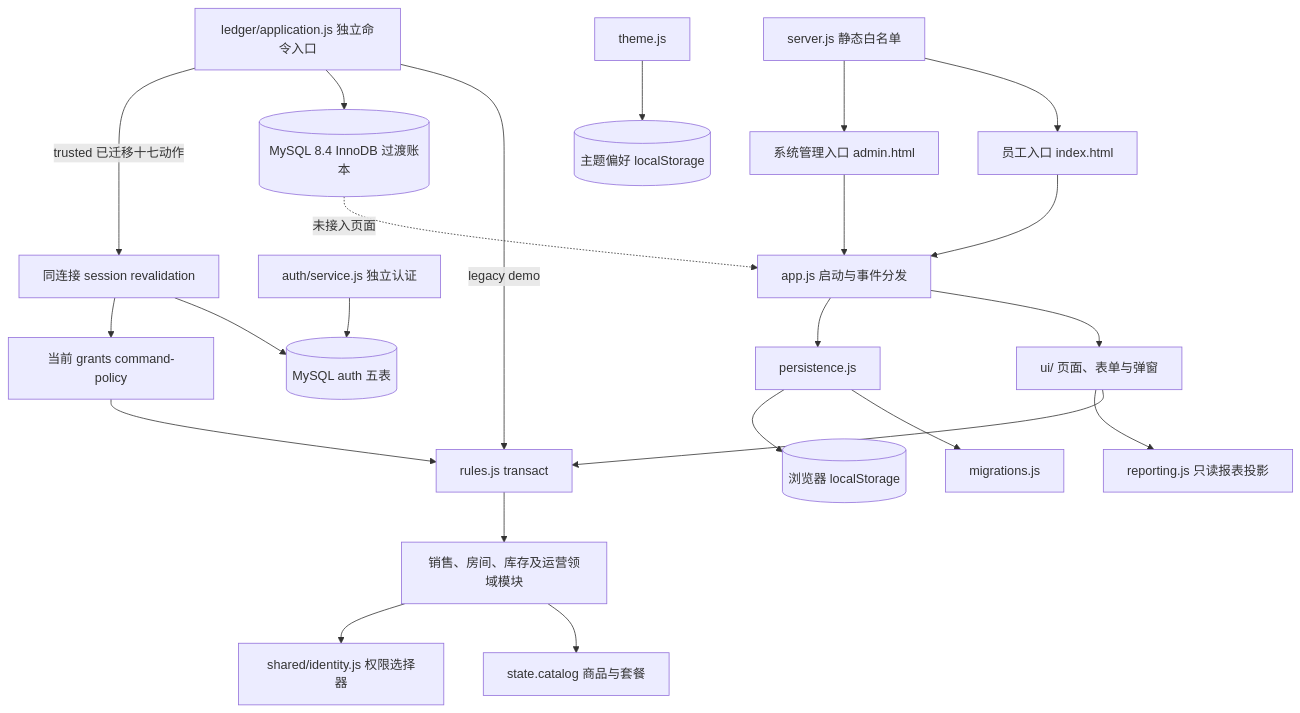
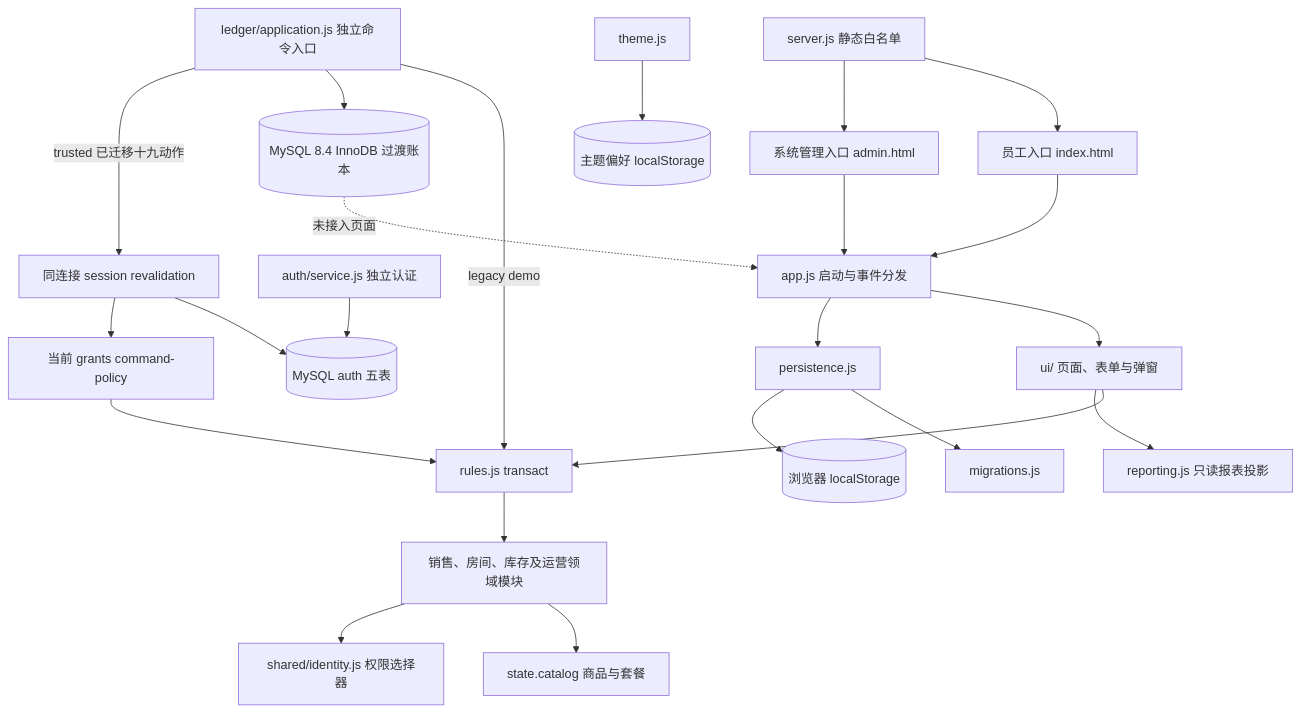
The diagram in docs/ARCHITECTURE.md (Richard-Zhuo/codex-KTV), drawn with Mermaid before and after one commit. The commit also changed other lines of this file and 13 other files, not shown here.

````diff
--- a/docs/ARCHITECTURE.md
+++ b/docs/ARCHITECTURE.md
@@ -7,25 +7,25 @@
 ```mermaid
 flowchart TD
   E[员工入口 index.html] --> APP[app.js 启动与事件分发]
   A[系统管理入口 admin.html] --> APP
   APP --> UI[ui/ 页面、表单与弹窗]
   APP --> P[persistence.js]
   P --> M[migrations.js]
   P --> LS[(浏览器 localStorage)]
   UI --> TX[rules.js transact]
   TX --> D[销售、房间、库存及运营领域模块]
   UI --> REP[reporting.js 只读报表投影]
   D --> C[state.catalog 商品与套餐]
   D --> ID[shared/identity.js 权限选择器]
   T[theme.js] --> PREF[(主题偏好 localStorage)]
   S[server.js 静态白名单] --> E
   S --> A
   L[ledger/application.js 独立命令入口] -->|legacy demo| TX
   L --> DB[(MySQL 8.4 InnoDB 过渡账本)]
   AUTH[auth/service.js 独立认证] --> AUTHDB[(MySQL auth 五表)]
-  L -->|trusted 已迁移十七动作| RV[同连接 session revalidation]
+  L -->|trusted 已迁移十九动作| RV[同连接 session revalidation]
   RV --> AUTHDB
   RV --> CP[当前 grants command-policy]
   CP --> TX
   DB -. 未接入页面 .-> APP
 ```
````
